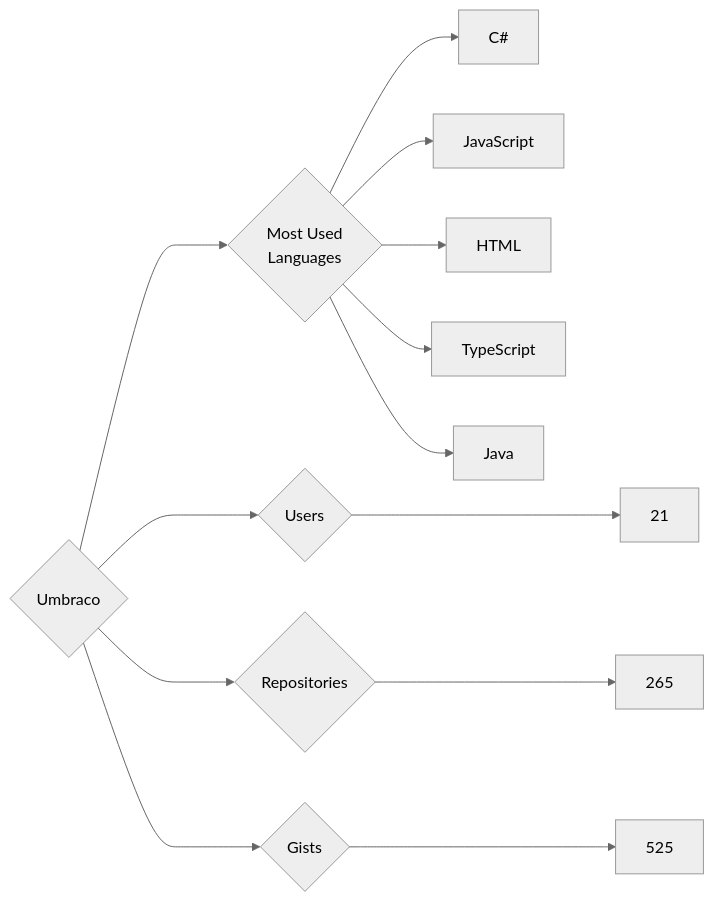
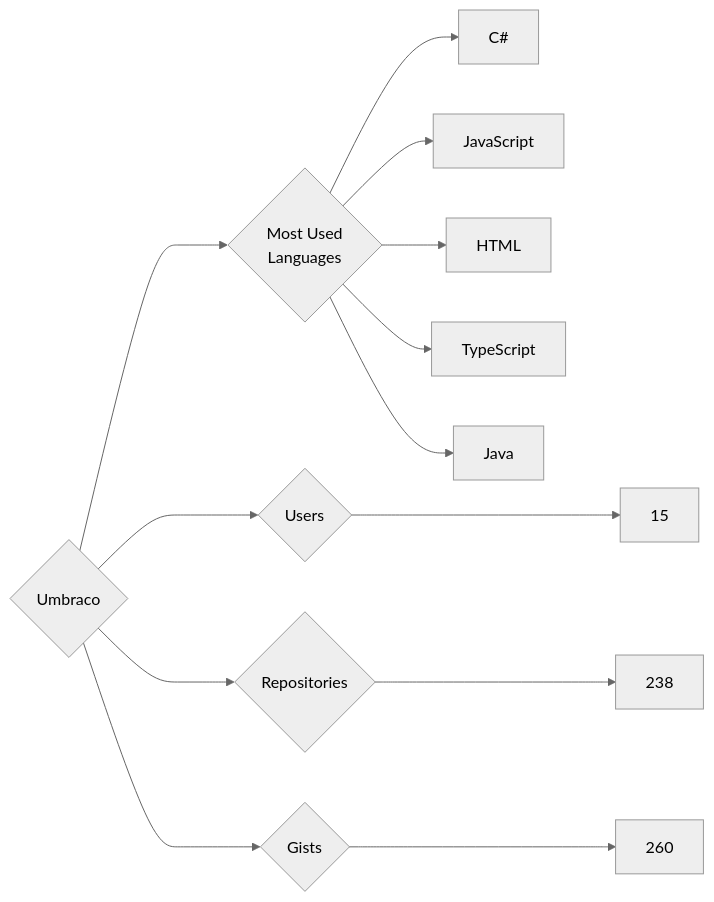
One commit to trickest/insiders changed the diagram in targets/Umbraco/README.md. Above: the diagram before and after it, drawn with Mermaid (neutral theme). The commit also changed 833 other files, not shown here.

````diff
--- a/targets/Umbraco/README.md
+++ b/targets/Umbraco/README.md
@@ -3,13 +3,13 @@
 ```mermaid
 graph LR
 COMPANY_NAME{Umbraco}
-COMPANY_NAME ---> U{Users} ---> UN[21]
-COMPANY_NAME ---> R{Repositories} ---> RN[265]
-COMPANY_NAME ---> G{Gists} ---> GN[525]
+COMPANY_NAME ---> U{Users} ---> UN[15]
+COMPANY_NAME ---> R{Repositories} ---> RN[238]
+COMPANY_NAME ---> G{Gists} ---> GN[260]
 COMPANY_NAME ---> ML{Most Used<br>Languages}
 ML --> C#[C#]
 ML --> JavaScript[JavaScript]
 ML --> HTML[HTML]
 ML --> TypeScript[TypeScript]
 ML --> Java[Java]
 ```
````
